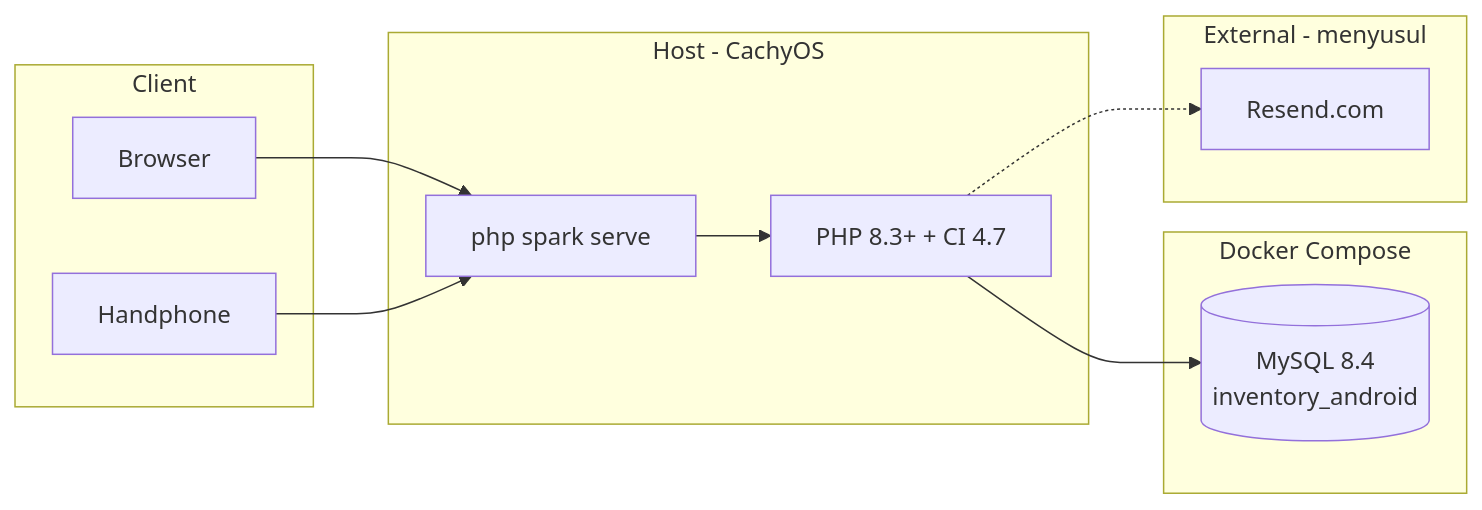
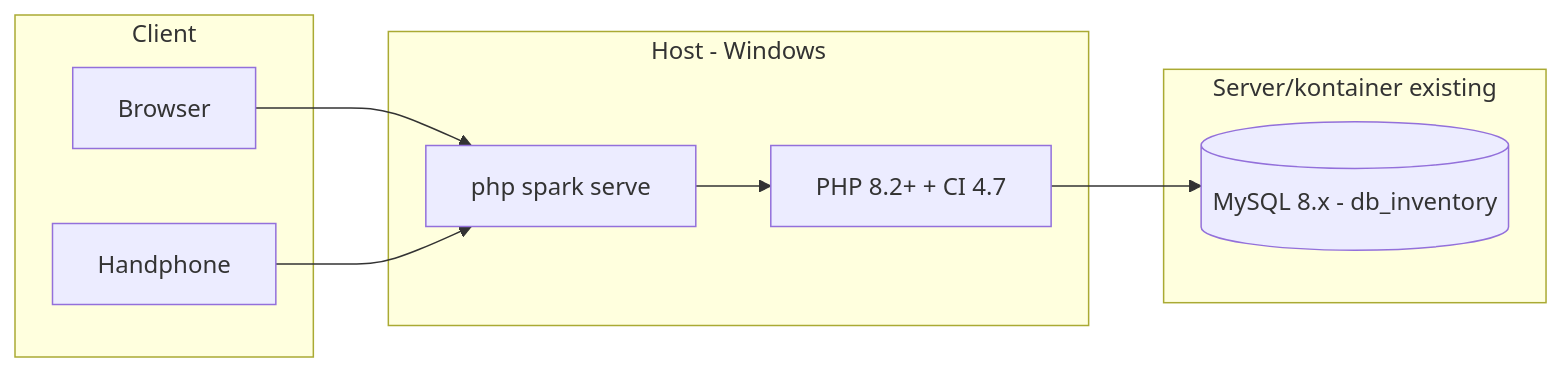
The first of 2 diagrams in docs/06-implementasi-pengujian.md (nestorzamili/ta-aswan), drawn with Mermaid before and after one commit. The commit also changed other lines of this file and 53 other files, not shown here.

````diff
--- a/docs/06-implementasi-pengujian.md
+++ b/docs/06-implementasi-pengujian.md
@@ -30,22 +31,18 @@
 ```mermaid
 flowchart LR
     subgraph client [Client]
         Browser[Browser]
         Mobile[Handphone]
     end
-    subgraph host [Host - CachyOS]
+    subgraph host [Host - Windows]
         Spark["php spark serve"]
-        PHP[PHP 8.3+ + CI 4.7]
+        PHP[PHP 8.2+ + CI 4.7]
     end
-    subgraph docker [Docker Compose]
-        MySQL[(MySQL 8.4\ninventory_android)]
-    end
-    subgraph external [External - menyusul]
-        Resend[Resend.com]
+    subgraph db [Server/kontainer existing]
+        MySQL[("MySQL 8.x - db_inventory")]
     end
     Browser --> Spark
     Mobile --> Spark
     Spark --> PHP
     PHP --> MySQL
-    PHP -.-> Resend
 ```
````
